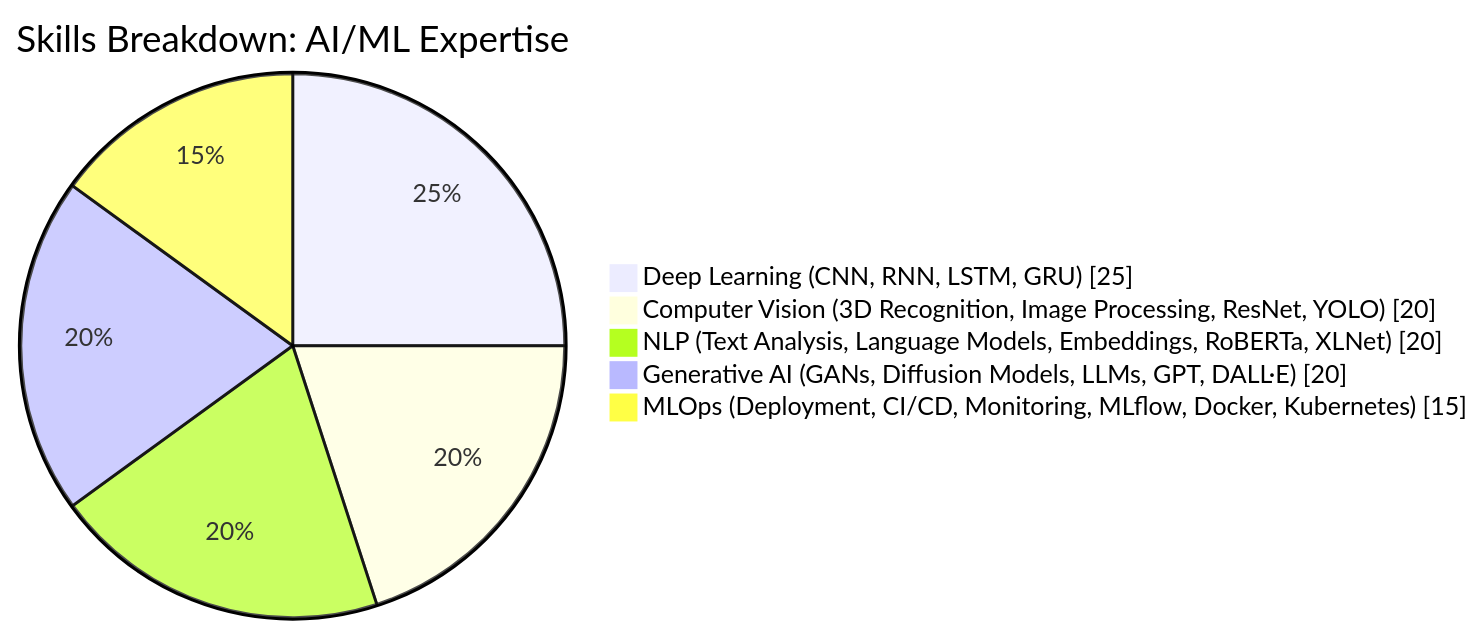
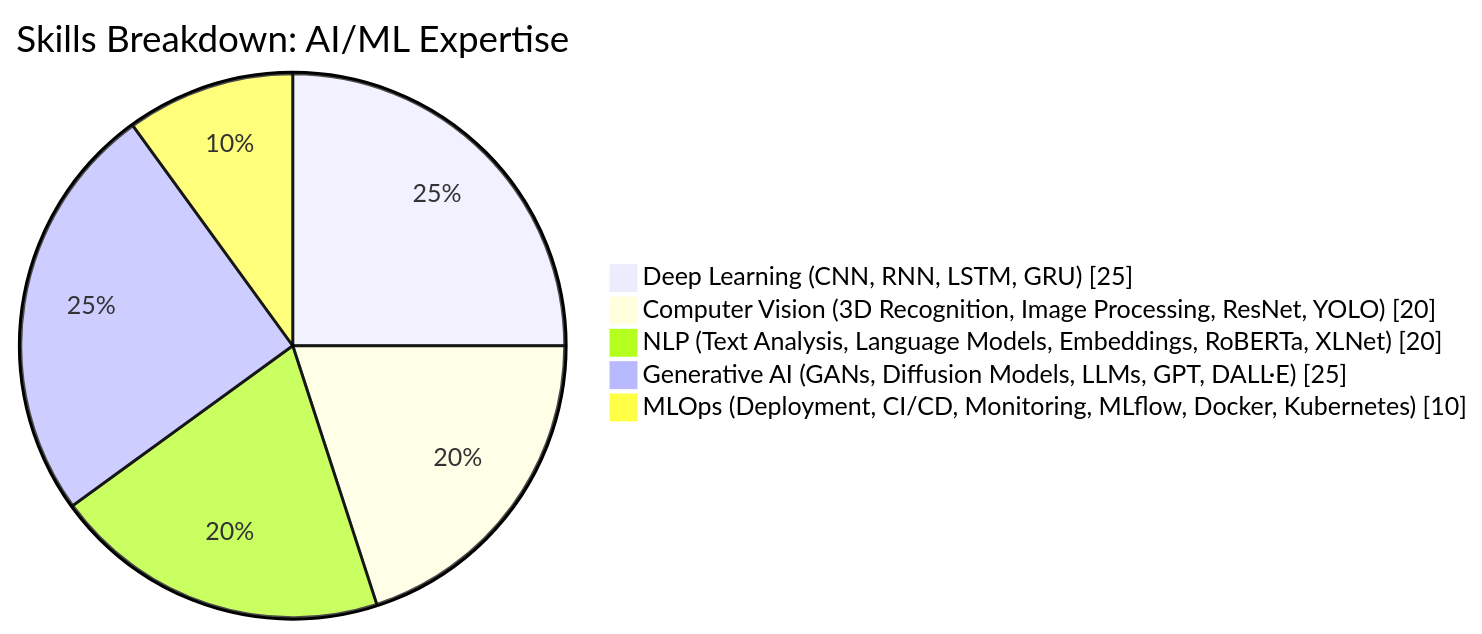
Before and after one commit to ennajari/ennajari: the second of 7 diagrams in README.md, drawn with Mermaid. The commit also changed other lines of this file, not shown here.

````diff
--- a/README.md
+++ b/README.md
@@ -108,9 +108,9 @@
   ```mermaid
 pie showData
     title Skills Breakdown: AI/ML Expertise
     "Deep Learning (CNN, RNN, LSTM, GRU)" : 25
     "Computer Vision (3D Recognition, Image Processing, ResNet, YOLO)" : 20
     "NLP (Text Analysis, Language Models, Embeddings, RoBERTa, XLNet)" : 20
-    "Generative AI (GANs, Diffusion Models, LLMs, GPT, DALL·E)" : 20
-    "MLOps (Deployment, CI/CD, Monitoring, MLflow, Docker, Kubernetes)" : 15
+    "Generative AI (GANs, Diffusion Models, LLMs, GPT, DALL·E)" : 25
+    "MLOps (Deployment, CI/CD, Monitoring, MLflow, Docker, Kubernetes)" : 10
  ```
````
